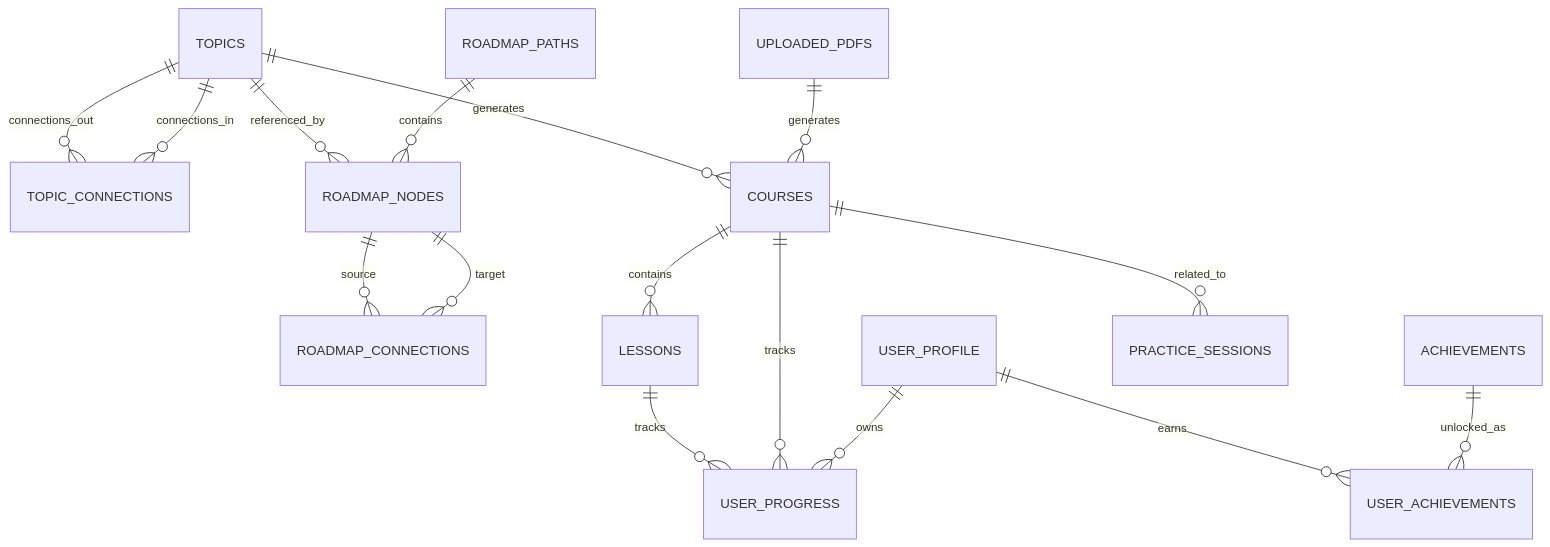
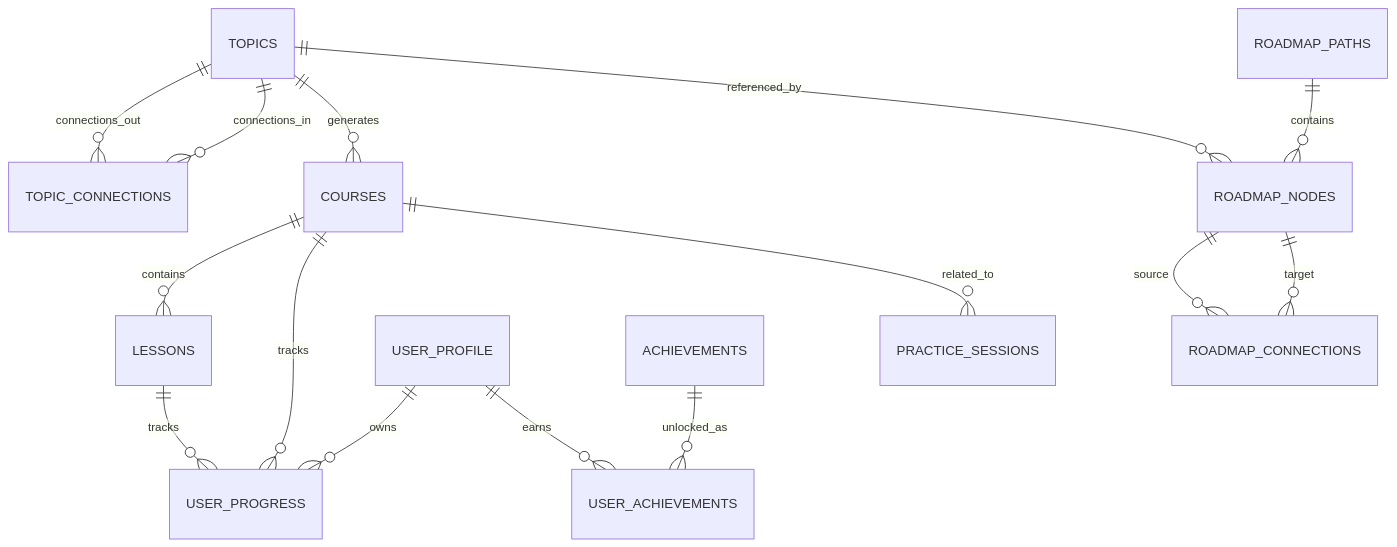
The first of 5 diagrams in ARCHITECTURE.md (kenancosic/code-course), drawn with Mermaid before and after one commit. The commit also changed other lines of this file and 21 other files, not shown here.

Commit message:
Add topic roadmap schema and architecture guidance

````diff
--- a/ARCHITECTURE.md
+++ b/ARCHITECTURE.md
@@ -416,18 +390,17 @@
 ```mermaid
 erDiagram
     TOPICS ||--o{ TOPIC_CONNECTIONS : connections_out
     TOPICS ||--o{ TOPIC_CONNECTIONS : connections_in
     TOPICS ||--o{ COURSES : generates
     TOPICS ||--o{ ROADMAP_NODES : referenced_by
     ROADMAP_PATHS ||--o{ ROADMAP_NODES : contains
     ROADMAP_NODES ||--o{ ROADMAP_CONNECTIONS : source
     ROADMAP_NODES ||--o{ ROADMAP_CONNECTIONS : target
     COURSES ||--o{ LESSONS : contains
     LESSONS ||--o{ USER_PROGRESS : tracks
     COURSES ||--o{ USER_PROGRESS : tracks
     USER_PROFILE ||--o{ USER_PROGRESS : owns
     USER_PROFILE ||--o{ USER_ACHIEVEMENTS : earns
     ACHIEVEMENTS ||--o{ USER_ACHIEVEMENTS : unlocked_as
     COURSES ||--o{ PRACTICE_SESSIONS : related_to
-    UPLOADED_PDFS ||--o{ COURSES : generates
 ```
````
